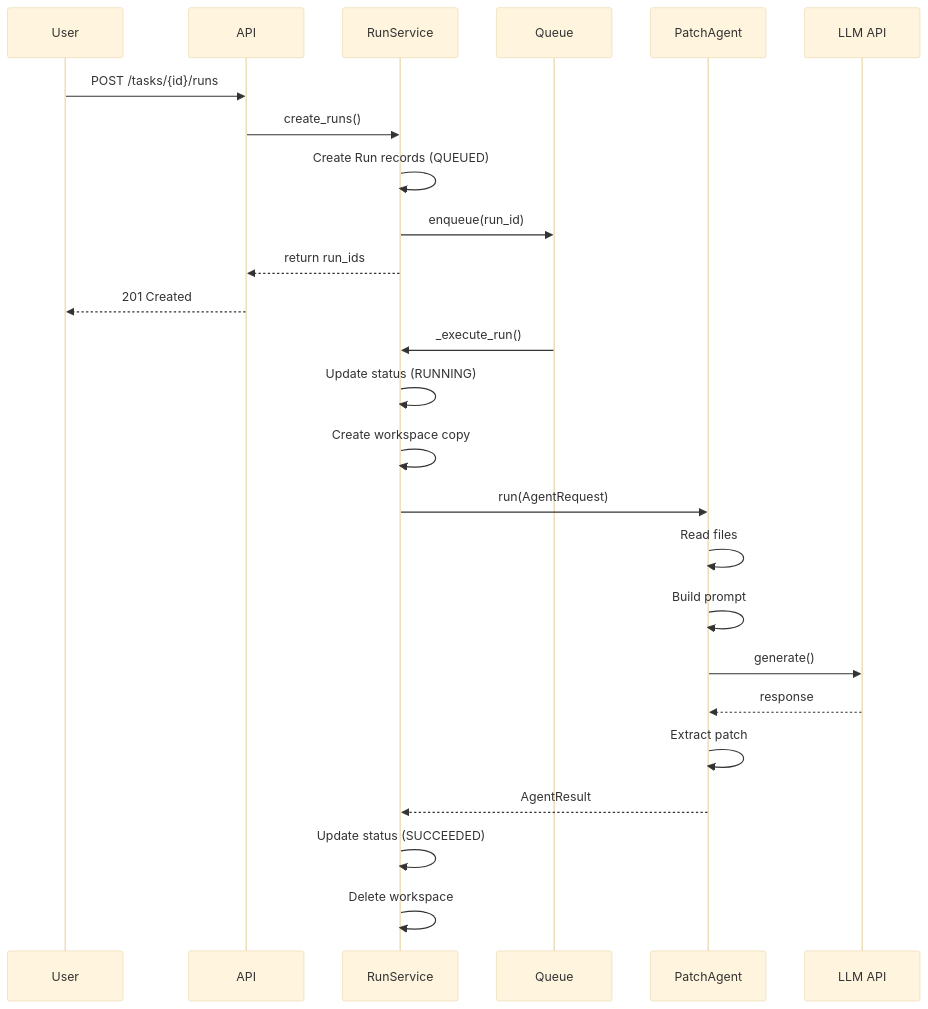
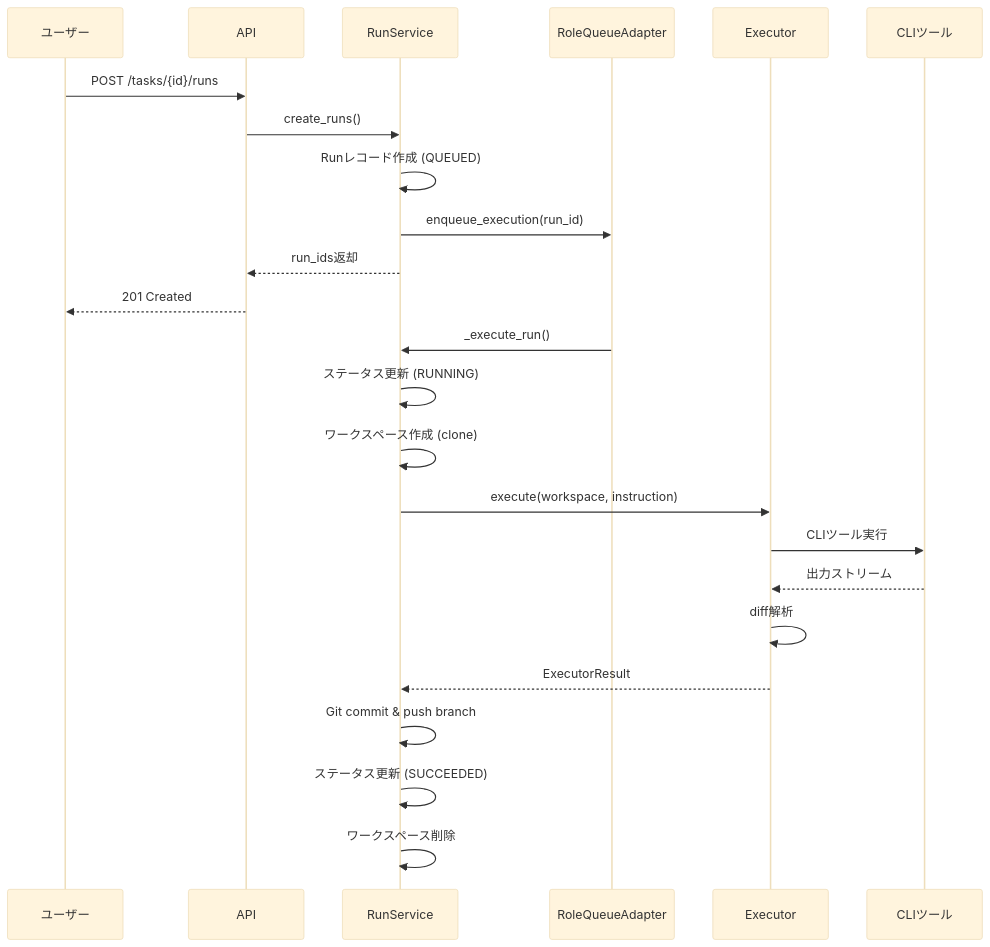
Before and after one commit to hampen2929/zloth: the sixth of 15 diagrams in docs/architecture.md, drawn with Mermaid (base theme). The commit also changed other lines of this file, not shown here.

Commit message:
docs: Comprehensive architecture documentation update (#275)

````diff
--- a/docs/architecture.md
+++ b/docs/architecture.md
@@ -179,29 +369,28 @@
 ```mermaid
 sequenceDiagram
-    participant U as User
+    participant U as ユーザー
     participant A as API
     participant RS as RunService
-    participant Q as Queue
-    participant PA as PatchAgent
-    participant LLM as LLM API
+    participant Q as RoleQueueAdapter
+    participant EX as Executor
+    participant CLI as CLIツール
 
     U->>A: POST /tasks/{id}/runs
     A->>RS: create_runs()
-    RS->>RS: Create Run records (QUEUED)
-    RS->>Q: enqueue(run_id)
-    RS-->>A: return run_ids
+    RS->>RS: Runレコード作成 (QUEUED)
+    RS->>Q: enqueue_execution(run_id)
+    RS-->>A: run_ids返却
     A-->>U: 201 Created
 
     Q->>RS: _execute_run()
-    RS->>RS: Update status (RUNNING)
-    RS->>RS: Create workspace copy
-    RS->>PA: run(AgentRequest)
-    PA->>PA: Read files
-    PA->>PA: Build prompt
-    PA->>LLM: generate()
-    LLM-->>PA: response
-    PA->>PA: Extract patch
-    PA-->>RS: AgentResult
-    RS->>RS: Update status (SUCCEEDED)
-    RS->>RS: Delete workspace
+    RS->>RS: ステータス更新 (RUNNING)
+    RS->>RS: ワークスペース作成 (clone)
+    RS->>EX: execute(workspace, instruction)
+    EX->>CLI: CLIツール実行
+    CLI-->>EX: 出力ストリーム
+    EX->>EX: diff解析
+    EX-->>RS: ExecutorResult
+    RS->>RS: Git commit & push branch
+    RS->>RS: ステータス更新 (SUCCEEDED)
+    RS->>RS: ワークスペース削除
 ```
````
